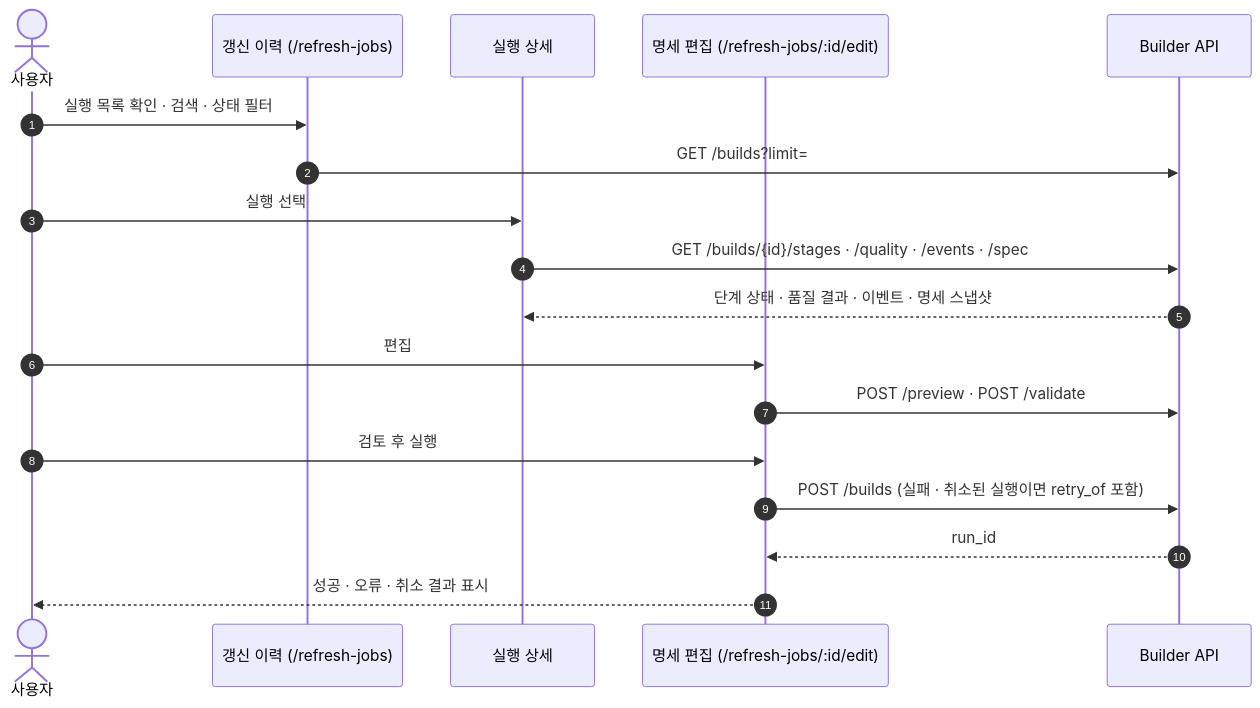
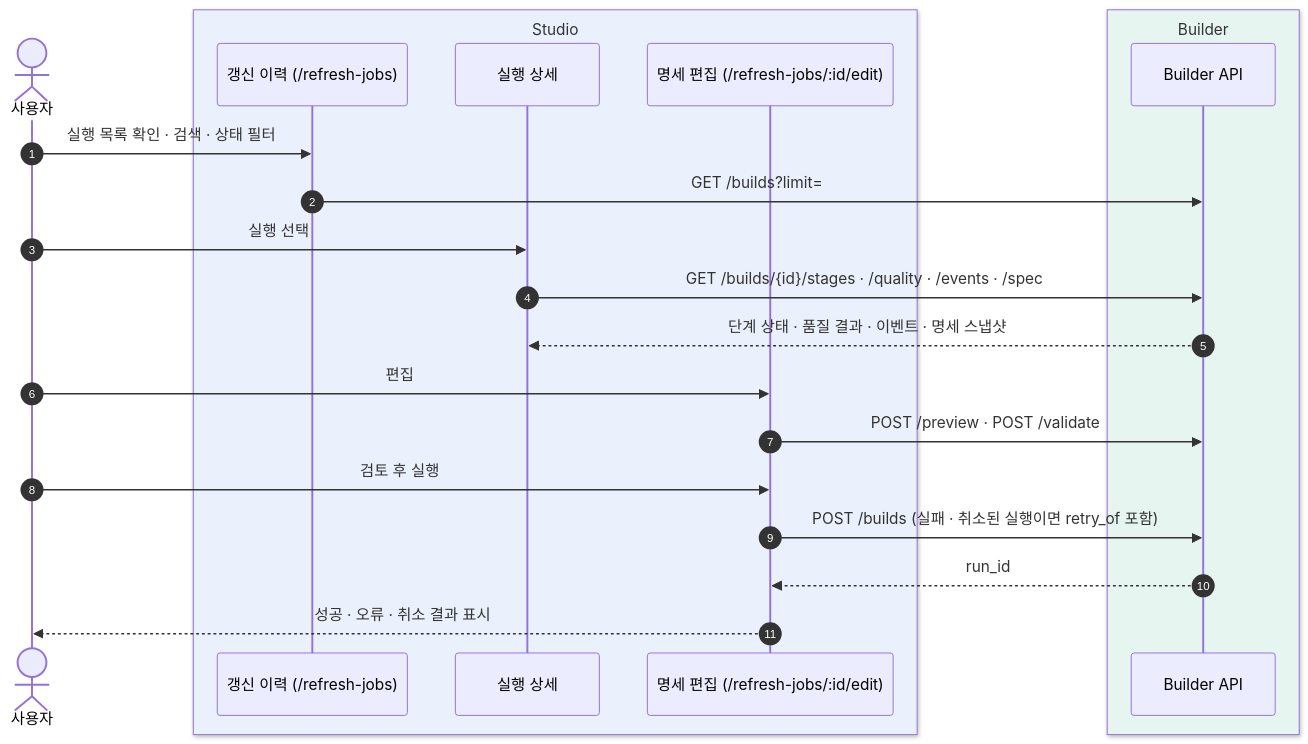
One commit to kpubdata-lab/kpubdata-reports changed the diagram in hanium-dreamup/figures/flow-rerun.mmd. Above: the diagram before and after it, drawn with Mermaid. The commit also changed 30 other files, not shown here.

First line of the commit message:
docs(hanium-dreamup): redraw the diagrams in a colour-coded style

```diff
--- a/hanium-dreamup/figures/flow-rerun.mmd
+++ b/hanium-dreamup/figures/flow-rerun.mmd
@@ -1,18 +1,22 @@
 sequenceDiagram
     autonumber
     actor U as 사용자
-    participant H as 갱신 이력 (/refresh-jobs)
-    participant D as 실행 상세
-    participant E as 명세 편집 (/refresh-jobs/:id/edit)
-    participant B as Builder API
+    box rgb(234,240,252) Studio
+        participant H as 갱신 이력 (/refresh-jobs)
+        participant D as 실행 상세
+        participant E as 명세 편집 (/refresh-jobs/:id/edit)
+    end
+    box rgb(231,245,240) Builder
+        participant B as Builder API
+    end
     U->>H: 실행 목록 확인 · 검색 · 상태 필터
     H->>B: GET /builds?limit=
     U->>D: 실행 선택
     D->>B: GET /builds/{id}/stages · /quality · /events · /spec
     B-->>D: 단계 상태 · 품질 결과 · 이벤트 · 명세 스냅샷
     U->>E: 편집
     E->>B: POST /preview · POST /validate
     U->>E: 검토 후 실행
     E->>B: POST /builds (실패 · 취소된 실행이면 retry_of 포함)
     B-->>E: run_id
     E-->>U: 성공 · 오류 · 취소 결과 표시
```
